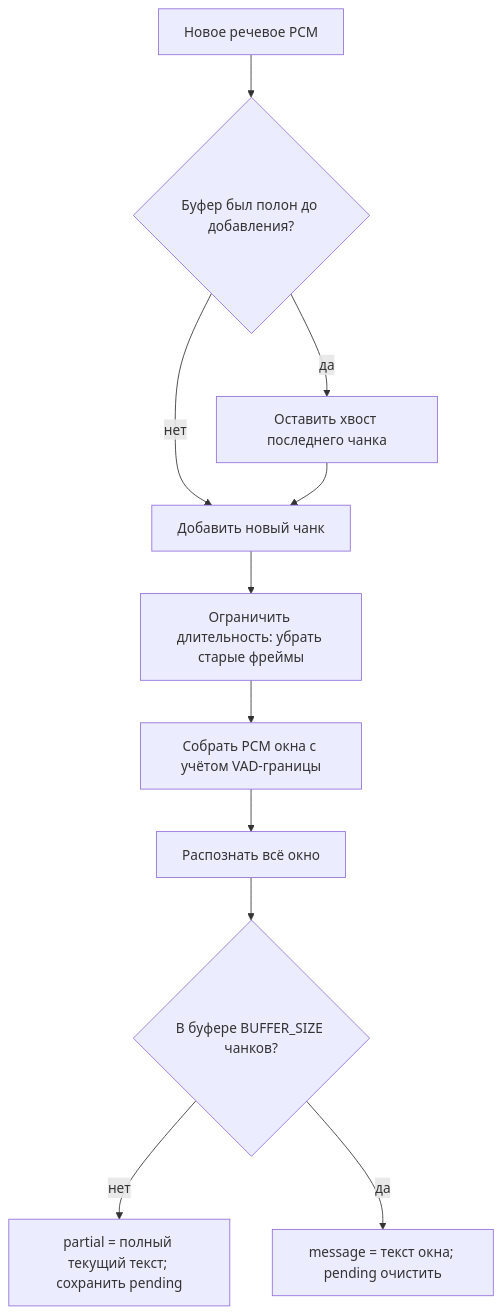
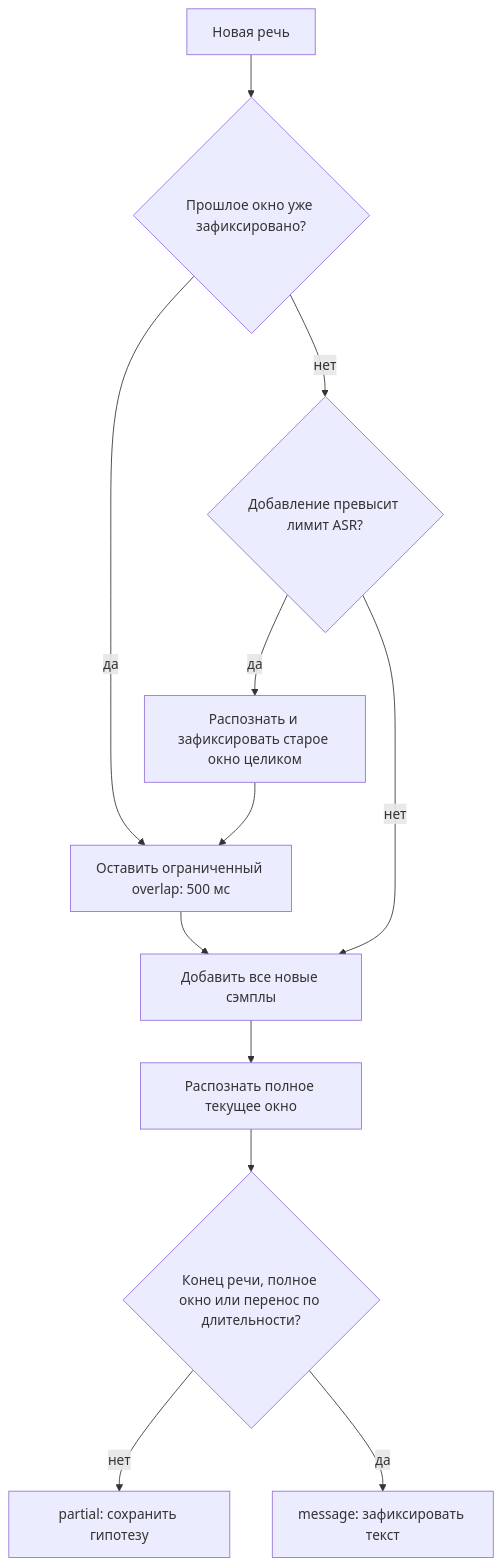
The third of 7 diagrams in docs/audio-pipeline.md (Pheodaron/stt), drawn with Mermaid before and after one commit. The commit also changed other lines of this file and 24 other files, not shown here.

````diff
--- a/docs/audio-pipeline.md
+++ b/docs/audio-pipeline.md
@@ -166,13 +174,14 @@
 ```mermaid
 flowchart TB
-    A["Новое речевое PCM"] --> F{"Буфер был полон до добавления?"}
-    F -->|"нет"| ADD["Добавить новый чанк"]
-    F -->|"да"| T["Оставить хвост последнего чанка"]
-    T --> ADD
-    ADD --> CAP["Ограничить длительность: убрать старые фреймы"]
-    CAP --> SAMPLE["Собрать PCM окна с учётом VAD-границы"]
-    SAMPLE --> ASR["Распознать всё окно"]
-    ASR --> FULL{"В буфере BUFFER_SIZE чанков?"}
-    FULL -->|"нет"| P["partial = полный текущий текст; сохранить pending"]
-    FULL -->|"да"| M["message = текст окна; pending очистить"]
+    A["Новая речь"] --> B{"Прошлое окно уже зафиксировано?"}
+    B -->|"да"| C["Оставить ограниченный overlap: 500 мс"]
+    B -->|"нет"| D{"Добавление превысит лимит ASR?"}
+    D -->|"да"| E["Распознать и зафиксировать старое окно целиком"]
+    E --> C
+    D -->|"нет"| F["Добавить все новые сэмплы"]
+    C --> F
+    F --> G["Распознать полное текущее окно"]
+    G --> H{"Конец речи, полное окно или перенос по длительности?"}
+    H -->|"нет"| I["partial: сохранить гипотезу"]
+    H -->|"да"| J["message: зафиксировать текст"]
 ```
````
